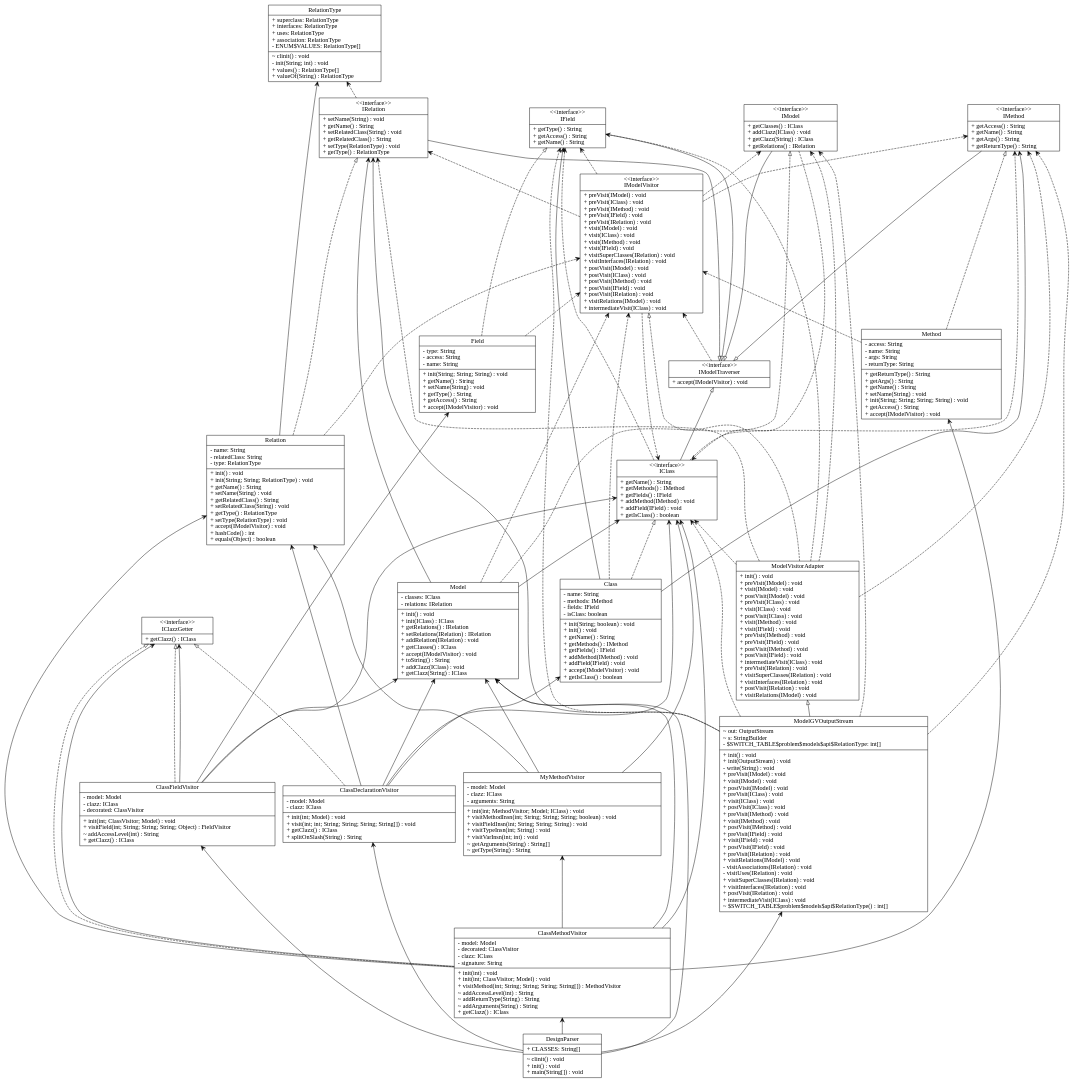
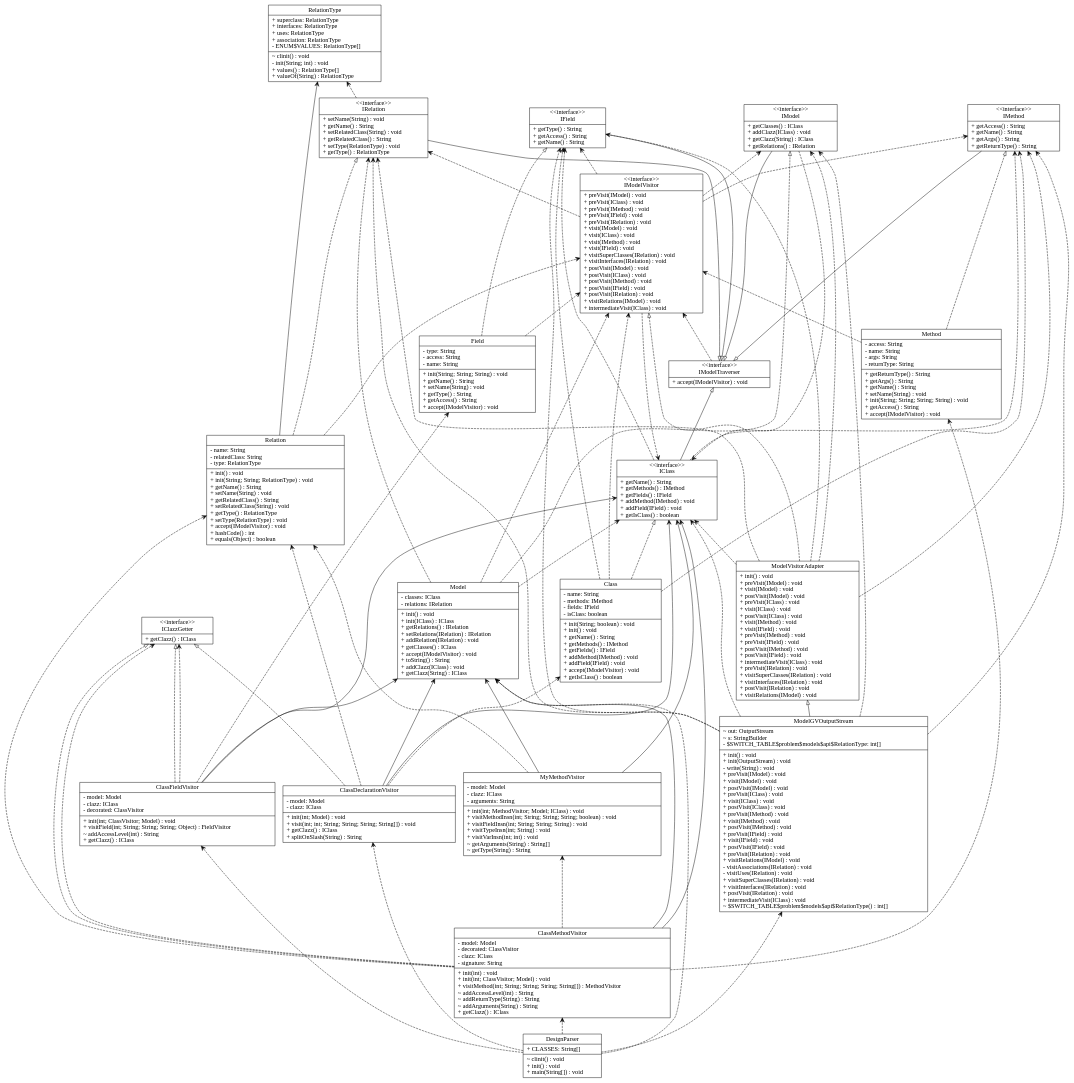
Before and after one commit to tpunt3/Csse374: the diagram in input_output/model.gv, drawn with Graphviz. The commit also changed 6 other files, not shown here.

```diff
--- a/input_output/model.gv
+++ b/input_output/model.gv
@@ -1,176 +1,176 @@
 digraph model{
 rankdir = BT;
 ClassDeclarationVisitor [
 shape="record",
 label = "{ClassDeclarationVisitor| - model: Model\l- clazz: IClass\l|+ init(int; Model) : void\l+ visit(int; int; String; String; String; String[]) : void\l+ getClazz() : IClass\l+ splitOnSlash(String) : String\l}"
 ];
 
 ClassFieldVisitor [
 shape="record",
 label = "{ClassFieldVisitor| - model: Model\l- clazz: IClass\l- decorated: ClassVisitor\l|+ init(int; ClassVisitor; Model) : void\l+ visitField(int; String; String; String; Object) : FieldVisitor\l~ addAccessLevel(int) : String\l+ getClazz() : IClass\l}"
 ];
 
 ClassMethodVisitor [
 shape="record",
 label = "{ClassMethodVisitor| - model: Model\l- decorated: ClassVisitor\l- clazz: IClass\l- signature: String\l|+ init(int) : void\l+ init(int; ClassVisitor; Model) : void\l+ visitMethod(int; String; String; String; String[]) : MethodVisitor\l~ addAccessLevel(int) : String\l~ addReturnType(String) : String\l~ addArguments(String) : String\l+ getClazz() : IClass\l}"
 ];
 
 DesignParser [
 shape="record",
 label = "{DesignParser| + CLASSES: String[]\l|~ clinit() : void\l+ init() : void\l+ main(String[]) : void\l}"
 ];
 
 IClazzGetter [
 shape="record",
 label = "{\<\<interface\>\>\nIClazzGetter| + getClazz() : IClass\l}"
 ];
 
 MyMethodVisitor [
 shape="record",
 label = "{MyMethodVisitor| - model: Model\l- clazz: IClass\l- arguments: String\l|+ init(int; MethodVisitor; Model; IClass) : void\l+ visitMethodInsn(int; String; String; String; boolean) : void\l+ visitFieldInsn(int; String; String; String) : void\l+ visitTypeInsn(int; String) : void\l+ visitVarInsn(int; int) : void\l~ getArguments(String) : String[]\l~ getType(String) : String\l}"
 ];
 
 IModelTraverser [
 shape="record",
 label = "{\<\<interface\>\>\nIModelTraverser| + accept(IModelVisitor) : void\l}"
 ];
 
 IModelVisitor [
 shape="record",
 label = "{\<\<interface\>\>\nIModelVisitor| + preVisit(IModel) : void\l+ preVisit(IClass) : void\l+ preVisit(IMethod) : void\l+ preVisit(IField) : void\l+ preVisit(IRelation) : void\l+ visit(IModel) : void\l+ visit(IClass) : void\l+ visit(IMethod) : void\l+ visit(IField) : void\l+ visitSuperClasses(IRelation) : void\l+ visitInterfaces(IRelation) : void\l+ postVisit(IModel) : void\l+ postVisit(IClass) : void\l+ postVisit(IMethod) : void\l+ postVisit(IField) : void\l+ postVisit(IRelation) : void\l+ visitRelations(IModel) : void\l+ intermediateVisit(IClass) : void\l}"
 ];
 
 ModelVisitorAdapter [
 shape="record",
 label = "{ModelVisitorAdapter| + init() : void\l+ preVisit(IModel) : void\l+ visit(IModel) : void\l+ postVisit(IModel) : void\l+ preVisit(IClass) : void\l+ visit(IClass) : void\l+ postVisit(IClass) : void\l+ visit(IMethod) : void\l+ visit(IField) : void\l+ preVisit(IMethod) : void\l+ preVisit(IField) : void\l+ postVisit(IMethod) : void\l+ postVisit(IField) : void\l+ intermediateVisit(IClass) : void\l+ preVisit(IRelation) : void\l+ visitSuperClasses(IRelation) : void\l+ visitInterfaces(IRelation) : void\l+ postVisit(IRelation) : void\l+ visitRelations(IModel) : void\l}"
 ];
 
 IClass [
 shape="record",
 label = "{\<\<interface\>\>\nIClass| + getName() : String\l+ getMethods() : IMethod\l+ getFields() : IField\l+ addMethod(IMethod) : void\l+ addField(IField) : void\l+ getIsClass() : boolean\l}"
 ];
 
 IField [
 shape="record",
 label = "{\<\<interface\>\>\nIField| + getType() : String\l+ getAccess() : String\l+ getName() : String\l}"
 ];
 
 IMethod [
 shape="record",
 label = "{\<\<interface\>\>\nIMethod| + getAccess() : String\l+ getName() : String\l+ getArgs() : String\l+ getReturnType() : String\l}"
 ];
 
 IModel [
 shape="record",
 label = "{\<\<interface\>\>\nIModel| + getClasses() : IClass\l+ addClazz(IClass) : void\l+ getClazz(String) : IClass\l+ getRelations() : IRelation\l}"
 ];
 
 IRelation [
 shape="record",
 label = "{\<\<interface\>\>\nIRelation| + setName(String) : void\l+ getName() : String\l+ setRelatedClass(String) : void\l+ getRelatedClass() : String\l+ setType(RelationType) : void\l+ getType() : RelationType\l}"
 ];
 
 RelationType [
 shape="record",
 label = "{RelationType| + superclass: RelationType\l+ interfaces: RelationType\l+ uses: RelationType\l+ association: RelationType\l- ENUM$VALUES: RelationType[]\l|~ clinit() : void\l- init(String; int) : void\l+ values() : RelationType[]\l+ valueOf(String) : RelationType\l}"
 ];
 
 Class [
 shape="record",
 label = "{Class| - name: String\l- methods: IMethod\l- fields: IField\l- isClass: boolean\l|+ init(String; boolean) : void\l+ init() : void\l+ getName() : String\l+ getMethods() : IMethod\l+ getFields() : IField\l+ addMethod(IMethod) : void\l+ addField(IField) : void\l+ accept(IModelVisitor) : void\l+ getIsClass() : boolean\l}"
 ];
 
 Field [
 shape="record",
 label = "{Field| - type: String\l- access: String\l- name: String\l|+ init(String; String; String) : void\l+ getName() : String\l+ setName(String) : void\l+ getType() : String\l+ getAccess() : String\l+ accept(IModelVisitor) : void\l}"
 ];
 
 Method [
 shape="record",
 label = "{Method| - access: String\l- name: String\l- args: String\l- returnType: String\l|+ getReturnType() : String\l+ getArgs() : String\l+ getName() : String\l+ setName(String) : void\l+ init(String; String; String; String) : void\l+ getAccess() : String\l+ accept(IModelVisitor) : void\l}"
 ];
 
 Model [
 shape="record",
 label = "{Model| - classes: IClass\l- relations: IRelation\l|+ init() : void\l+ init(IClass) : IClass\l+ getRelations() : IRelation\l+ setRelations(IRelation) : IRelation\l+ addRelation(IRelation) : void\l+ getClasses() : IClass\l+ accept(IModelVisitor) : void\l+ toString() : String\l+ addClazz(IClass) : void\l+ getClazz(String) : IClass\l}"
 ];
 
 ModelGVOutputStream [
 shape="record",
 label = "{ModelGVOutputStream| ~ out: OutputStream\l~ s: StringBuilder\l- $SWITCH_TABLE$problem$models$api$RelationType: int[]\l|+ init() : void\l+ init(OutputStream) : void\l- write(String) : void\l+ preVisit(IModel) : void\l+ visit(IModel) : void\l+ postVisit(IModel) : void\l+ preVisit(IClass) : void\l+ visit(IClass) : void\l+ postVisit(IClass) : void\l+ preVisit(IMethod) : void\l+ visit(IMethod) : void\l+ postVisit(IMethod) : void\l+ preVisit(IField) : void\l+ visit(IField) : void\l+ postVisit(IField) : void\l+ preVisit(IRelation) : void\l+ visitRelations(IModel) : void\l- visitAssociations(IRelation) : void\l- visitUses(IRelation) : void\l+ visitSuperClasses(IRelation) : void\l+ visitInterfaces(IRelation) : void\l+ postVisit(IRelation) : void\l+ intermediateVisit(IClass) : void\l~ $SWITCH_TABLE$problem$models$api$RelationType() : int[]\l}"
 ];
 
 Relation [
 shape="record",
 label = "{Relation| - name: String\l- relatedClass: String\l- type: RelationType\l|+ init() : void\l+ init(String; String; RelationType) : void\l+ getName() : String\l+ setName(String) : void\l+ getRelatedClass() : String\l+ setRelatedClass(String) : void\l+ getType() : RelationType\l+ setType(RelationType) : void\l+ accept(IModelVisitor) : void\l+ hashCode() : int\l+ equals(Object) : boolean\l}"
 ];
 
 //writing relations between classes now
 ClassDeclarationVisitor -> IClazzGetter [arrowhead = "empty", style = "dashed"];
 ClassDeclarationVisitor -> Model [arrowhead = "vee"];
-ClassDeclarationVisitor -> Class [arrowhead = "vee"];
+ClassDeclarationVisitor -> Class [arrowhead = "vee", style = "dashed"];
 ClassDeclarationVisitor -> IClass [arrowhead = "vee"];
-ClassDeclarationVisitor -> Relation [arrowhead = "vee"];
+ClassDeclarationVisitor -> Relation [arrowhead = "vee", style = "dashed"];
 ClassFieldVisitor -> IClazzGetter [arrowhead = "empty", style = "dashed"];
 ClassFieldVisitor -> Model [arrowhead = "vee"];
 ClassFieldVisitor -> IClass [arrowhead = "vee"];
-ClassFieldVisitor -> Field [arrowhead = "vee"];
-ClassFieldVisitor -> IClazzGetter [arrowhead = "vee"];
+ClassFieldVisitor -> Field [arrowhead = "vee", style = "dashed"];
+ClassFieldVisitor -> IClazzGetter [arrowhead = "vee", style = "dashed"];
 ClassMethodVisitor -> IClazzGetter [arrowhead = "empty", style = "dashed"];
 ClassMethodVisitor -> IClass [arrowhead = "vee"];
 ClassMethodVisitor -> Model [arrowhead = "vee"];
-ClassMethodVisitor -> MyMethodVisitor [arrowhead = "vee"];
-ClassMethodVisitor -> Relation [arrowhead = "vee"];
-ClassMethodVisitor -> Method [arrowhead = "vee"];
-ClassMethodVisitor -> IClazzGetter [arrowhead = "vee"];
-DesignParser -> Model [arrowhead = "vee"];
-DesignParser -> ClassDeclarationVisitor [arrowhead = "vee"];
-DesignParser -> ClassFieldVisitor [arrowhead = "vee"];
-DesignParser -> ClassMethodVisitor [arrowhead = "vee"];
-DesignParser -> ModelGVOutputStream [arrowhead = "vee"];
+ClassMethodVisitor -> MyMethodVisitor [arrowhead = "vee", style = "dashed"];
+ClassMethodVisitor -> Relation [arrowhead = "vee", style = "dashed"];
+ClassMethodVisitor -> Method [arrowhead = "vee", style = "dashed"];
+ClassMethodVisitor -> IClazzGetter [arrowhead = "vee", style = "dashed"];
+DesignParser -> Model [arrowhead = "vee", style = "dashed"];
+DesignParser -> ClassDeclarationVisitor [arrowhead = "vee", style = "dashed"];
+DesignParser -> ClassFieldVisitor [arrowhead = "vee", style = "dashed"];
+DesignParser -> ClassMethodVisitor [arrowhead = "vee", style = "dashed"];
+DesignParser -> ModelGVOutputStream [arrowhead = "vee", style = "dashed"];
 MyMethodVisitor -> Model [arrowhead = "vee"];
 MyMethodVisitor -> IClass [arrowhead = "vee"];
-MyMethodVisitor -> Relation [arrowhead = "vee"];
+MyMethodVisitor -> Relation [arrowhead = "vee", style = "dashed"];
 IModelTraverser -> IModelVisitor [arrowhead = "vee", style = "dashed"];
 IModelVisitor -> IModel [arrowhead = "vee", style = "dashed"];
 IModelVisitor -> IClass [arrowhead = "vee", style = "dashed"];
 IModelVisitor -> IMethod [arrowhead = "vee", style = "dashed"];
 IModelVisitor -> IField [arrowhead = "vee", style = "dashed"];
 IModelVisitor -> IRelation [arrowhead = "vee", style = "dashed"];
 ModelVisitorAdapter -> IModelVisitor [arrowhead = "empty", style = "dashed"];
 ModelVisitorAdapter -> IModel [arrowhead = "vee", style = "dashed"];
 ModelVisitorAdapter -> IClass [arrowhead = "vee", style = "dashed"];
 ModelVisitorAdapter -> IMethod [arrowhead = "vee", style = "dashed"];
 ModelVisitorAdapter -> IField [arrowhead = "vee", style = "dashed"];
 ModelVisitorAdapter -> IRelation [arrowhead = "vee", style = "dashed"];
 IClass -> IModelTraverser [arrowhead = "empty"];
 IClass -> IMethod [arrowhead = "vee", style = "dashed"];
 IClass -> IField [arrowhead = "vee", style = "dashed"];
 IField -> IModelTraverser [arrowhead = "empty"];
 IMethod -> IModelTraverser [arrowhead = "empty"];
 IModel -> IModelTraverser [arrowhead = "empty"];
 IModel -> IClass [arrowhead = "vee", style = "dashed"];
 IRelation -> IModelTraverser [arrowhead = "empty"];
 IRelation -> RelationType [arrowhead = "vee", style = "dashed"];
 Class -> IClass [arrowhead = "empty", style = "dashed"];
+Class -> IMethod [arrowhead = "vee", style = "dashed"];
+Class -> IField [arrowhead = "vee", style = "dashed"];
 Class -> IModelVisitor [arrowhead = "vee", style = "dashed"];
-Class -> IField [arrowhead = "vee"];
-Class -> IMethod [arrowhead = "vee"];
 Field -> IField [arrowhead = "empty", style = "dashed"];
 Field -> IModelVisitor [arrowhead = "vee", style = "dashed"];
 Method -> IMethod [arrowhead = "empty", style = "dashed"];
 Method -> IModelVisitor [arrowhead = "vee", style = "dashed"];
 Model -> IModel [arrowhead = "empty", style = "dashed"];
-Model -> IRelation [arrowhead = "vee"];
+Model -> IClass [arrowhead = "vee", style = "dashed"];
+Model -> IRelation [arrowhead = "vee", style = "dashed"];
 Model -> IModelVisitor [arrowhead = "vee", style = "dashed"];
-Model -> IClass [arrowhead = "vee"];
 ModelGVOutputStream -> ModelVisitorAdapter [arrowhead = "empty"];
 ModelGVOutputStream -> IModel [arrowhead = "vee", style = "dashed"];
 ModelGVOutputStream -> IClass [arrowhead = "vee", style = "dashed"];
 ModelGVOutputStream -> IMethod [arrowhead = "vee", style = "dashed"];
 ModelGVOutputStream -> IField [arrowhead = "vee", style = "dashed"];
-ModelGVOutputStream -> IRelation [arrowhead = "vee"];
+ModelGVOutputStream -> IRelation [arrowhead = "vee", style = "dashed"];
 Relation -> IRelation [arrowhead = "empty", style = "dashed"];
 Relation -> RelationType [arrowhead = "vee"];
 Relation -> IModelVisitor [arrowhead = "vee", style = "dashed"];
 }
```
